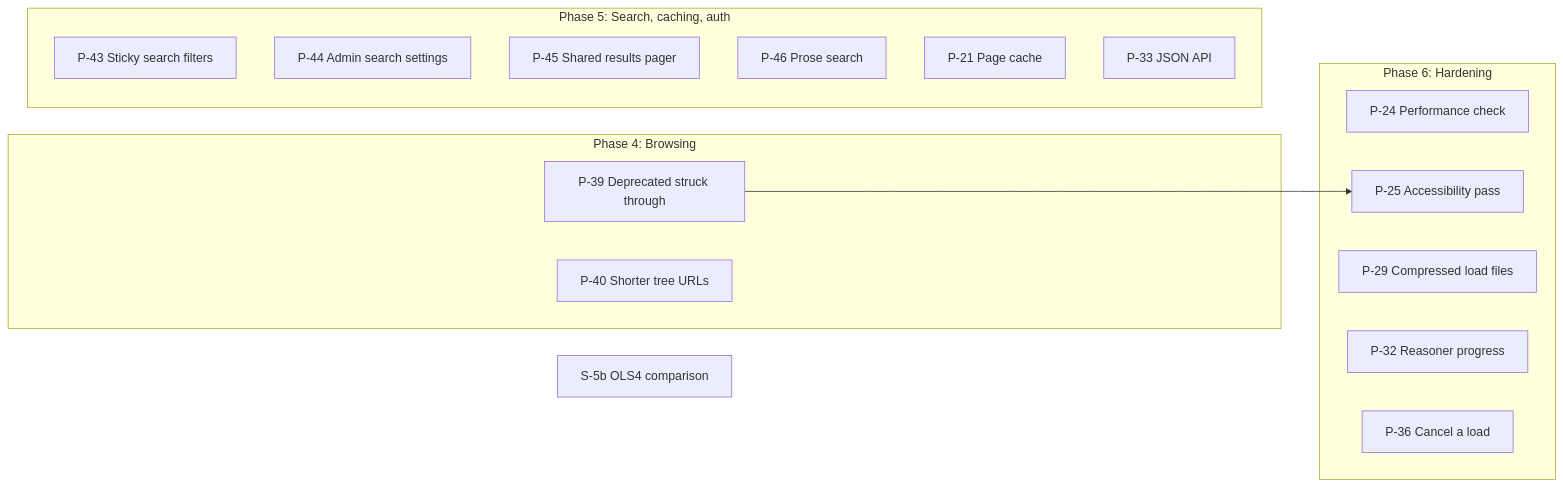
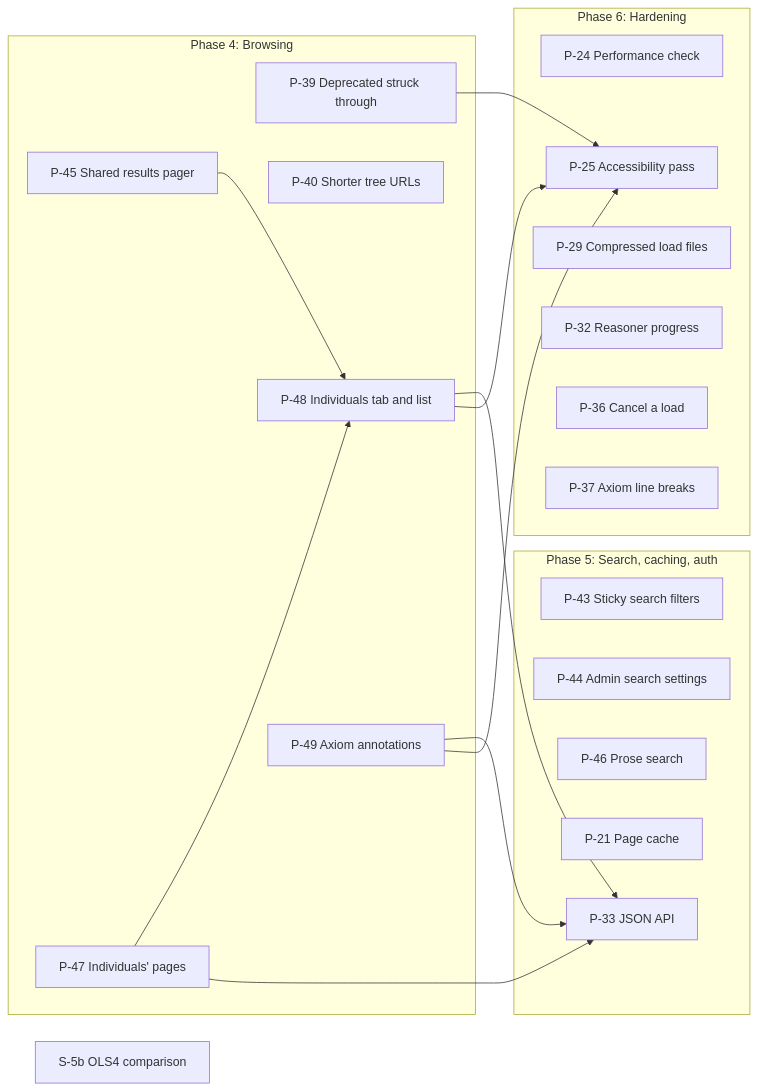
One commit to jclerman/browl changed the diagram in docs/DESIGN.md. Above: the diagram before and after it, drawn with Mermaid. The commit also changed other lines of this file, not shown here.

First line of the commit message:
Plan: individuals and axiom annotations in v1 (#166)

````diff
--- a/docs/DESIGN.md
+++ b/docs/DESIGN.md
@@ -2141,25 +2213,36 @@
 ```mermaid
 flowchart LR
     subgraph P4["Phase 4: Browsing"]
         P39["P-39 Deprecated struck through"]
         P40["P-40 Shorter tree URLs"]
+        P45["P-45 Shared results pager"]
+        P47["P-47 Individuals' pages"]
+        P48["P-48 Individuals tab and list"]
+        P49["P-49 Axiom annotations"]
     end
     subgraph P5["Phase 5: Search, caching, auth"]
         P43["P-43 Sticky search filters"]
         P44["P-44 Admin search settings"]
-        P45["P-45 Shared results pager"]
         P46["P-46 Prose search"]
         P21["P-21 Page cache"]
         P33["P-33 JSON API"]
     end
     subgraph P6["Phase 6: Hardening"]
         P24["P-24 Performance check"]
         P25["P-25 Accessibility pass"]
         P29["P-29 Compressed load files"]
         P32["P-32 Reasoner progress"]
         P36["P-36 Cancel a load"]
+        P37["P-37 Axiom line breaks"]
     end
     S5b["S-5b OLS4 comparison"]
 
     P39 --> P25
+    P47 --> P48
+    P45 --> P48
+    P47 --> P33
+    P48 --> P33
+    P49 --> P33
+    P48 --> P25
+    P49 --> P25
 ```
````
